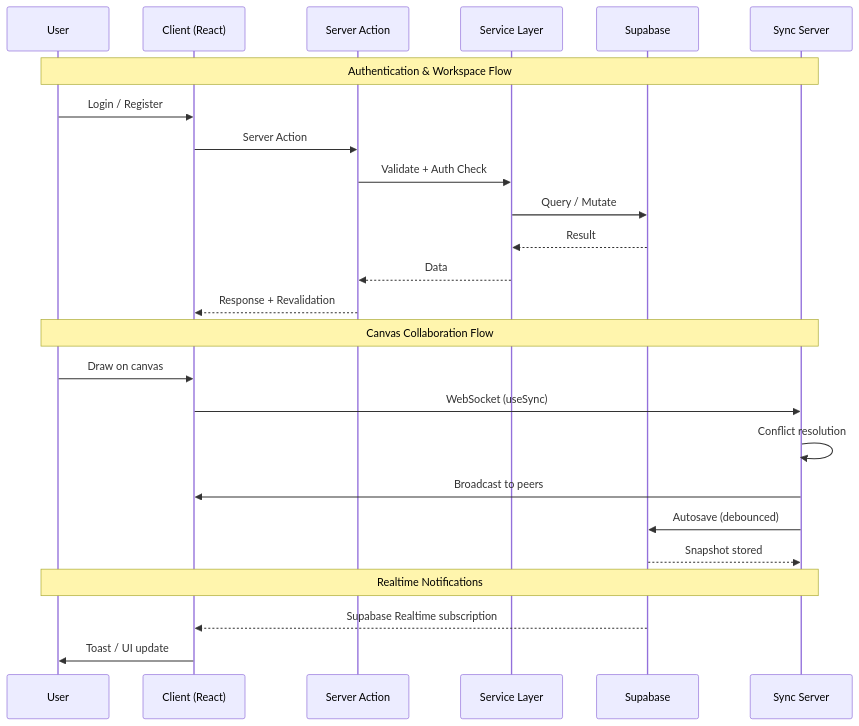
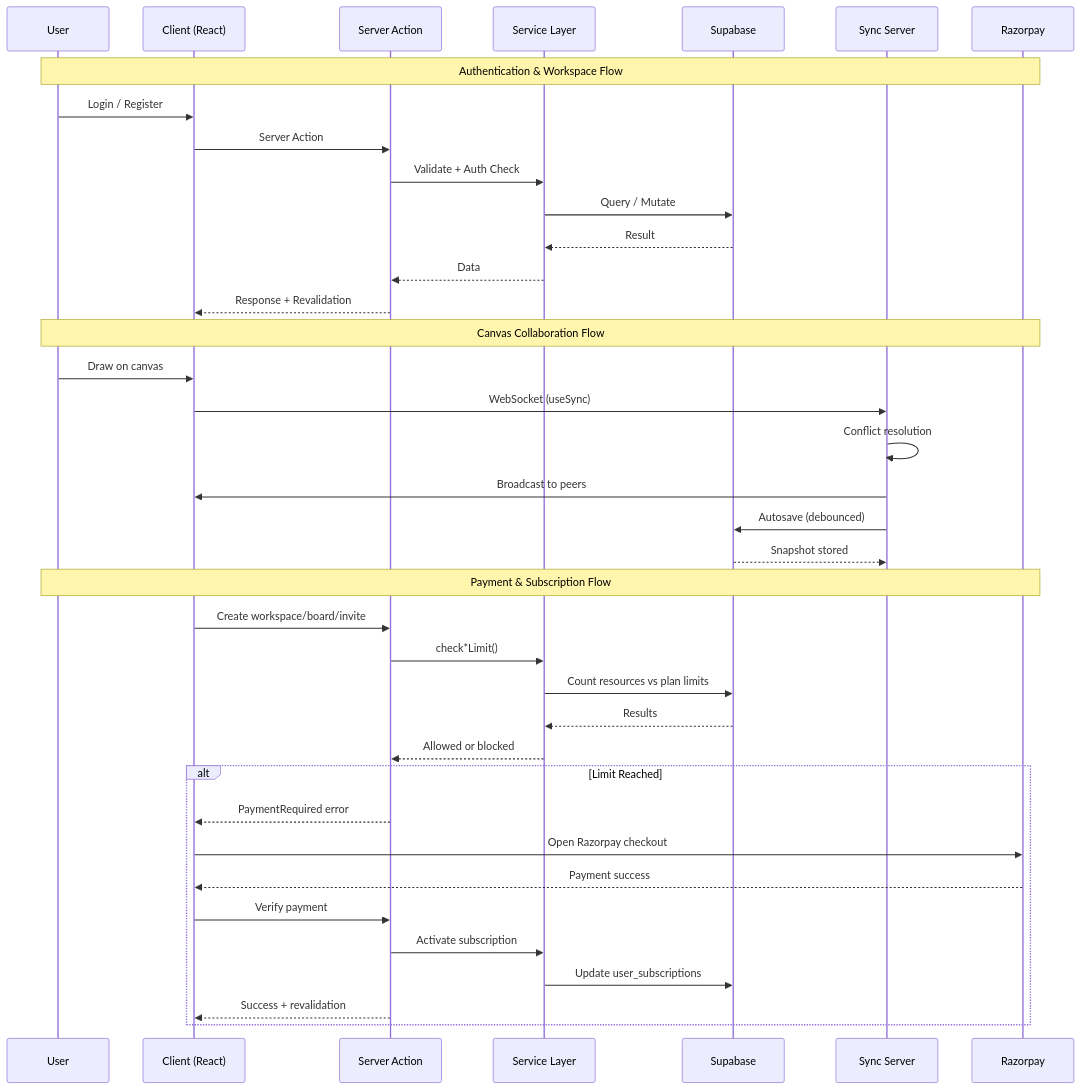
Before and after one commit to tushar-180/WhiteBoardSaaS2: the second of 4 diagrams in README.md, drawn with Mermaid. The commit also changed other lines of this file and 53 other files, not shown here.

````diff
--- a/README.md
+++ b/README.md
@@ -102,30 +120,43 @@
 ```mermaid
 sequenceDiagram
     participant U as User
     participant C as Client (React)
     participant A as Server Action
     participant S as Service Layer
     participant DB as Supabase
     participant WS as Sync Server
+    participant RP as Razorpay
 
-    Note over U,WS: Authentication & Workspace Flow
+    Note over U,RP: Authentication & Workspace Flow
     U->>C: Login / Register
     C->>A: Server Action
     A->>S: Validate + Auth Check
     S->>DB: Query / Mutate
     DB-->>S: Result
     S-->>A: Data
     A-->>C: Response + Revalidation
 
-    Note over U,WS: Canvas Collaboration Flow
+    Note over U,RP: Canvas Collaboration Flow
     U->>C: Draw on canvas
     C->>WS: WebSocket (useSync)
     WS->>WS: Conflict resolution
     WS->>C: Broadcast to peers
     WS->>DB: Autosave (debounced)
     DB-->>WS: Snapshot stored
 
-    Note over U,WS: Realtime Notifications
-    DB-->>C: Supabase Realtime subscription
-    C->>U: Toast / UI update
+    Note over U,RP: Payment & Subscription Flow
+    C->>A: Create workspace/board/invite
+    A->>S: check*Limit()
+    S->>DB: Count resources vs plan limits
+    DB-->>S: Results
+    S-->>A: Allowed or blocked
+    alt Limit Reached
+        A-->>C: PaymentRequired error
+        C->>RP: Open Razorpay checkout
+        RP-->>C: Payment success
+        C->>A: Verify payment
+        A->>S: Activate subscription
+        S->>DB: Update user_subscriptions
+        A-->>C: Success + revalidation
+    end
 ```
````
